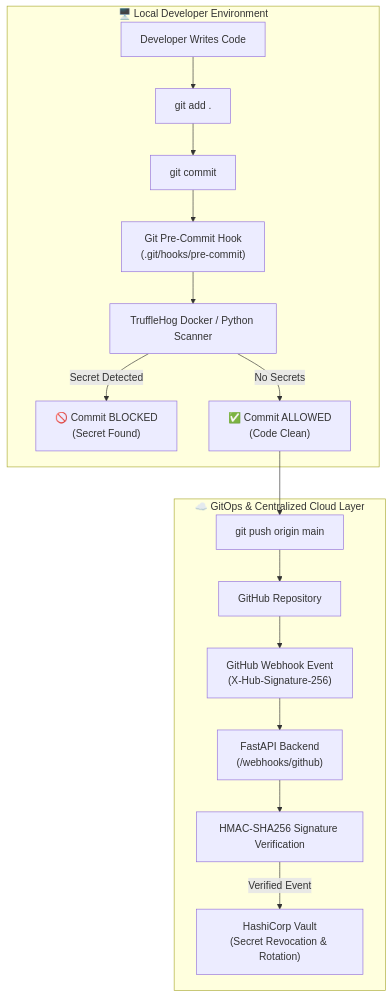
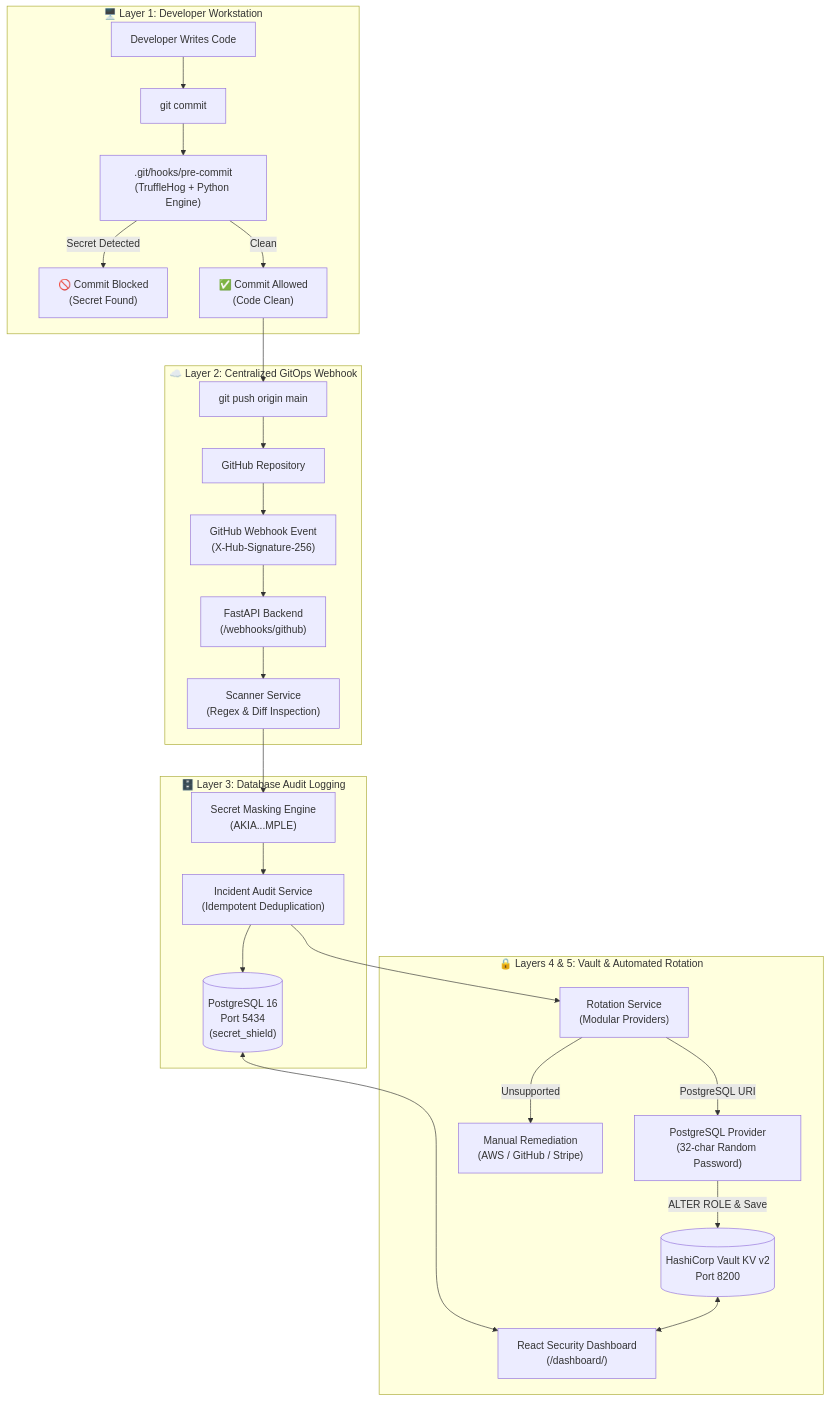
Before and after one commit to sanjeewa618/GitOps-Secret-Shield: the diagram in README.md, drawn with Mermaid. The commit also changed other lines of this file and 41 other files, not shown here.

Commit message:
feat: complete Phase 1-4 database audit logging, vault integration, automated rotation, and react dashboard

````diff
--- a/README.md
+++ b/README.md
@@ -19,28 +22,47 @@
 ```mermaid
 flowchart TD
-    subgraph Developer Workstation ["🖥️ Local Developer Environment"]
+    subgraph Layer1 ["🖥️ Layer 1: Developer Workstation"]
         Dev["Developer Writes Code"]
-        GitAdd["git add ."]
         GitCommit["git commit"]
-        PreCommitHook["Git Pre-Commit Hook\n(.git/hooks/pre-commit)"]
-        Scanner["TruffleHog Docker / Python Scanner"]
-        Block["🚫 Commit BLOCKED\n(Secret Found)"]
-        Allow["✅ Commit ALLOWED\n(Code Clean)"]
+        Hook[".git/hooks/pre-commit\n(TruffleHog + Python Engine)"]
+        Block["🚫 Commit Blocked\n(Secret Found)"]
+        Allow["✅ Commit Allowed\n(Code Clean)"]
 
-        Dev --> GitAdd --> GitCommit --> PreCommitHook --> Scanner
-        Scanner -->|Secret Detected| Block
-        Scanner -->|No Secrets| Allow
+        Dev --> GitCommit --> Hook
+        Hook -->|Secret Detected| Block
+        Hook -->|Clean| Allow
     end
 
-    subgraph GitOps Cloud Layer ["☁️ GitOps & Centralized Cloud Layer"]
+    subgraph Layer2 ["☁️ Layer 2: Centralized GitOps Webhook"]
         GitPush["git push origin main"]
         GitHub["GitHub Repository"]
         Webhook["GitHub Webhook Event\n(X-Hub-Signature-256)"]
         FastAPI["FastAPI Backend\n(/webhooks/github)"]
-        HMAC["HMAC-SHA256 Signature Verification"]
-        Vault["HashiCorp Vault\n(Secret Revocation & Rotation)"]
+        Scanner["Scanner Service\n(Regex & Diff Inspection)"]
 
-        Allow --> GitPush --> GitHub --> Webhook --> FastAPI --> HMAC
-        HMAC -->|Verified Event| Vault
+        Allow --> GitPush --> GitHub --> Webhook --> FastAPI --> Scanner
+    end
+
+    subgraph Layer3 ["🗄️ Layer 3: Database Audit Logging"]
+        Postgres[("PostgreSQL 16\nPort 5434\n(secret_shield)")]
+        IncidentService["Incident Audit Service\n(Idempotent Deduplication)"]
+        Masking["Secret Masking Engine\n(AKIA...MPLE)"]
+
+        Scanner --> Masking --> IncidentService --> Postgres
+    end
+
+    subgraph Layer4_5 ["🔒 Layers 4 & 5: Vault & Automated Rotation"]
+        RotService["Rotation Service\n(Modular Providers)"]
+        PGProvider["PostgreSQL Provider\n(32-char Random Password)"]
+        ManualFallback["Manual Remediation\n(AWS / GitHub / Stripe)"]
+        Vault[("HashiCorp Vault KV v2\nPort 8200")]
+        Dashboard["React Security Dashboard\n(/dashboard/)"]
+
+        IncidentService --> RotService
+        RotService -->|PostgreSQL URI| PGProvider
+        RotService -->|Unsupported| ManualFallback
+        PGProvider -->|ALTER ROLE & Save| Vault
+        Postgres <--> Dashboard
+        Vault <--> Dashboard
     end
 ```
````
